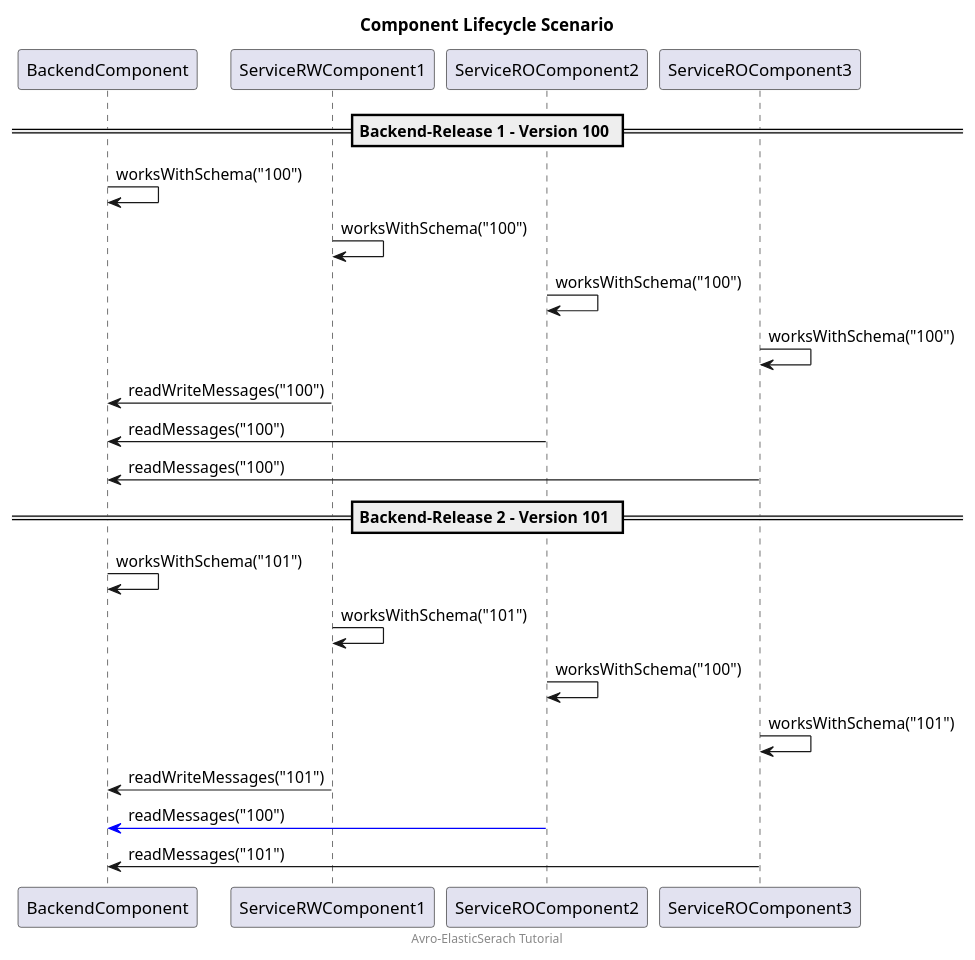
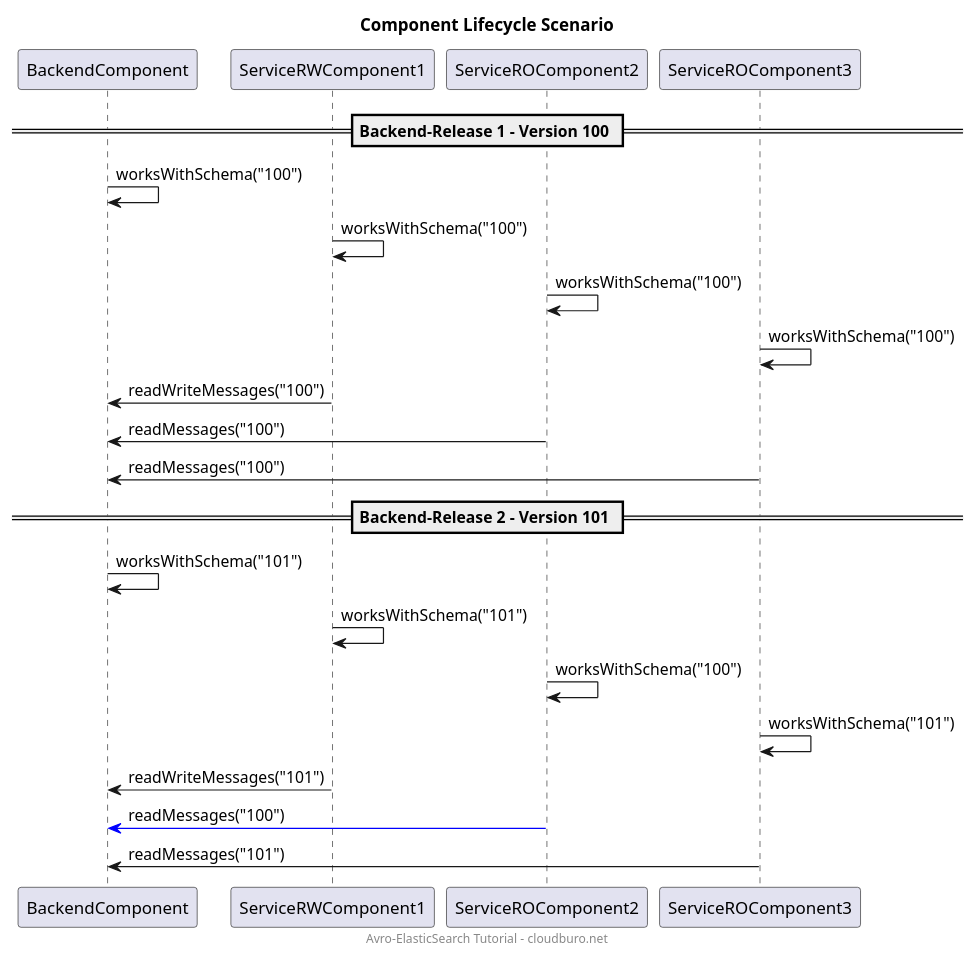
One commit to talfco/tutorial-apache-avro changed the diagram in plantUML/versioning.puml. Above: the diagram before and after it, drawn with PlantUML. The commit also changed 7 other files, not shown here.

Commit message:
Added versioning plant uml diagrams

```diff
--- a/plantUML/versioning.puml
+++ b/plantUML/versioning.puml
@@ -1,25 +1,25 @@
 @startuml
 title "Component Lifecycle Scenario"
-footer "Avro-ElasticSerach Tutorial"
+footer "Avro-ElasticSearch Tutorial - cloudburo.net"
 
 == Backend-Release 1 - Version 100 ==
 BackendComponent -> BackendComponent: worksWithSchema("100")
 ServiceRWComponent1 -> ServiceRWComponent1: worksWithSchema("100")
 ServiceROComponent2 -> ServiceROComponent2:  worksWithSchema("100")
 ServiceROComponent3 -> ServiceROComponent3:  worksWithSchema("100")
 
 ServiceRWComponent1 -> BackendComponent: readWriteMessages("100")
 ServiceROComponent2 -> BackendComponent: readMessages("100")
 ServiceROComponent3 -> BackendComponent: readMessages("100")
 
 == Backend-Release 2 - Version 101 ==
 BackendComponent -> BackendComponent: worksWithSchema("101")
 ServiceRWComponent1 -> ServiceRWComponent1: worksWithSchema("101")
 ServiceROComponent2 -> ServiceROComponent2:  worksWithSchema("100")
 ServiceROComponent3 -> ServiceROComponent3:  worksWithSchema("101")
 
 ServiceRWComponent1 -> BackendComponent: readWriteMessages("101")
 ServiceROComponent2 -[#blue]> BackendComponent: readMessages("100")
 ServiceROComponent3 -> BackendComponent: readMessages("101")
 
 @enduml
```
